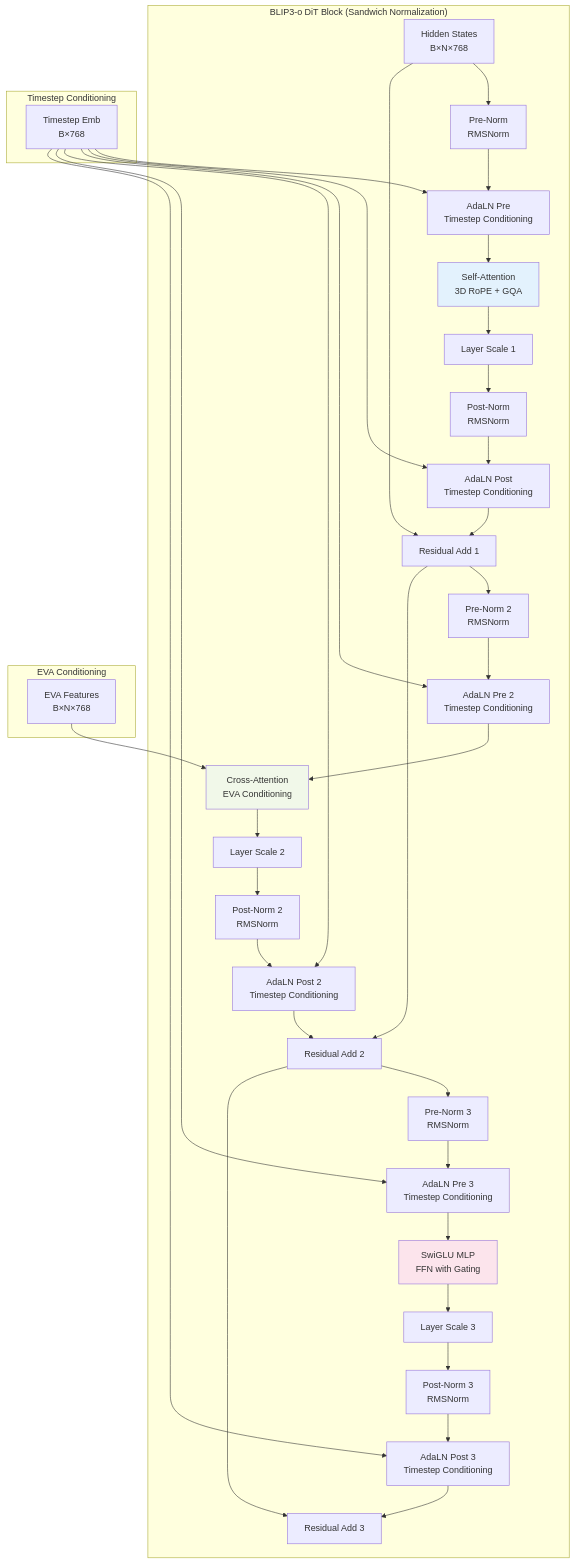
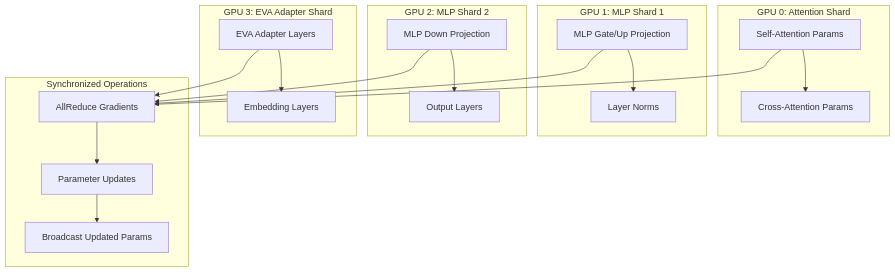
The third of 3 diagrams in readme.md (Hafeezmhk7/eva-clip-v2_4), drawn with Mermaid before and after one commit. The commit also changed other lines of this file, not shown here.

Commit message:
Multi GPU FSDP implemetation

````diff
--- a/readme.md
+++ b/readme.md
@@ -80,49 +311,28 @@
 ```mermaid
 graph TB
-    subgraph "BLIP3-o DiT Block (Sandwich Normalization)"
-        A[Hidden States<br/>B×N×768] --> B[Pre-Norm<br/>RMSNorm]
-        B --> C[AdaLN Pre<br/>Timestep Conditioning]
-        C --> D[Self-Attention<br/>3D RoPE + GQA]
-        D --> E[Layer Scale 1]
-        E --> F[Post-Norm<br/>RMSNorm]
-        F --> G[AdaLN Post<br/>Timestep Conditioning]
-        G --> H[Residual Add 1]
-        
-        H --> I[Pre-Norm 2<br/>RMSNorm]
-        I --> J[AdaLN Pre 2<br/>Timestep Conditioning]
-        J --> K[Cross-Attention<br/>EVA Conditioning]
-        K --> L[Layer Scale 2]
-        L --> M[Post-Norm 2<br/>RMSNorm]
-        M --> N[AdaLN Post 2<br/>Timestep Conditioning]
-        N --> O[Residual Add 2]
-        
-        O --> P[Pre-Norm 3<br/>RMSNorm]
-        P --> Q[AdaLN Pre 3<br/>Timestep Conditioning]
-        Q --> R[SwiGLU MLP<br/>FFN with Gating]
-        R --> S[Layer Scale 3]
-        S --> T[Post-Norm 3<br/>RMSNorm]
-        T --> U[AdaLN Post 3<br/>Timestep Conditioning]
-        U --> V[Residual Add 3]
-        
-        A --> H
-        H --> O
-        O --> V
+    subgraph "GPU 0: Attention Shard"
+        A[Self-Attention Params] --> B[Cross-Attention Params]
     end
     
-    subgraph "EVA Conditioning"
-        W[EVA Features<br/>B×N×768] --> K
+    subgraph "GPU 1: MLP Shard 1"
+        C[MLP Gate/Up Projection] --> D[Layer Norms]
     end
     
-    subgraph "Timestep Conditioning"
-        X[Timestep Emb<br/>B×768] --> C
-        X --> G
-        X --> J
-        X --> N
-        X --> Q
-        X --> U
+    subgraph "GPU 2: MLP Shard 2"
+        E[MLP Down Projection] --> F[Output Layers]
     end
     
-    style D fill:#e3f2fd
-    style K fill:#f1f8e9
-    style R fill:#fce4ec
+    subgraph "GPU 3: EVA Adapter Shard"
+        G[EVA Adapter Layers] --> H[Embedding Layers]
+    end
+    
+    subgraph "Synchronized Operations"
+        I[AllReduce Gradients] --> J[Parameter Updates]
+        J --> K[Broadcast Updated Params]
+    end
+    
+    A --> I
+    C --> I
+    E --> I
+    G --> I
 ```
````
